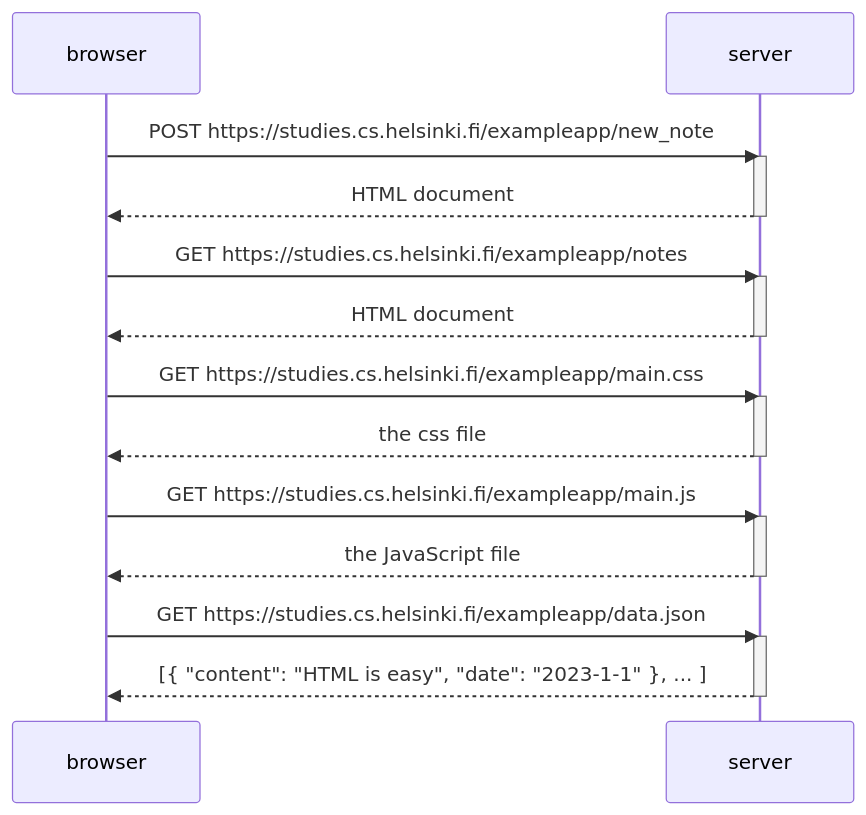
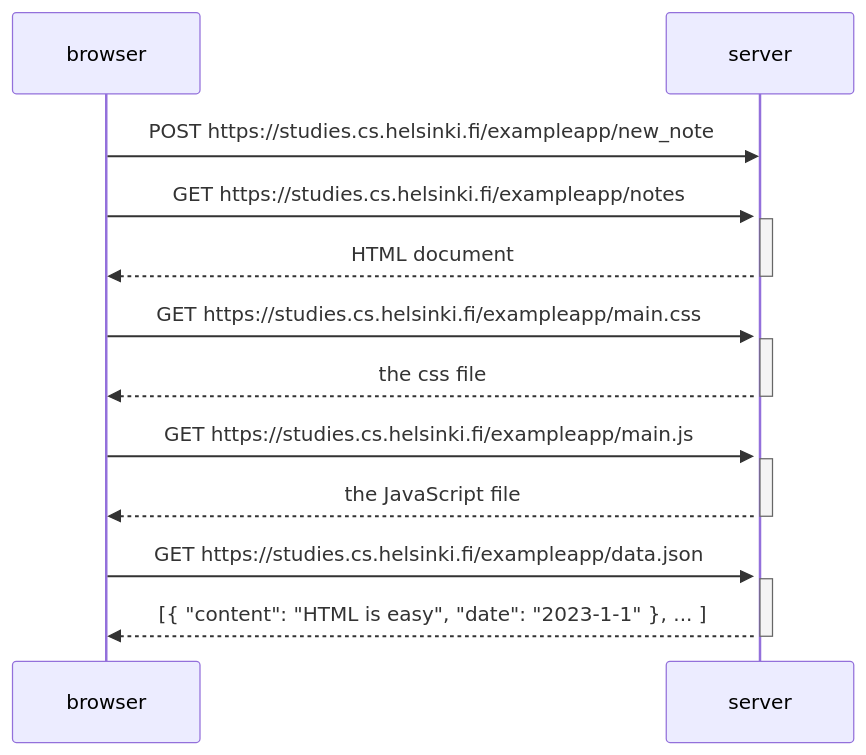
The diagram in part 0/0-4.md (TOMLEUNGKS/fullstackopen), drawn with Mermaid before and after one commit.

````diff
--- a/part 0/0-4.md
+++ b/part 0/0-4.md
@@ -1,31 +1,29 @@
 ```mermaid
 sequenceDiagram
     participant browser
     participant server
 
     browser->>server: POST https://studies.cs.helsinki.fi/exampleapp/new_note
     activate server
-    server-->>browser: HTML document
-    deactivate server
 
     browser->>server: GET https://studies.cs.helsinki.fi/exampleapp/notes
     activate server
     server-->>browser: HTML document
     deactivate server
 
     browser->>server: GET https://studies.cs.helsinki.fi/exampleapp/main.css
     activate server
     server-->>browser: the css file
     deactivate server
 
     browser->>server: GET https://studies.cs.helsinki.fi/exampleapp/main.js
     activate server
     server-->>browser: the JavaScript file
     deactivate server
 
     browser->>server: GET https://studies.cs.helsinki.fi/exampleapp/data.json
     activate server
     server-->>browser: [{ "content": "HTML is easy", "date": "2023-1-1" }, ... ]
     deactivate server
 
 ```
````
